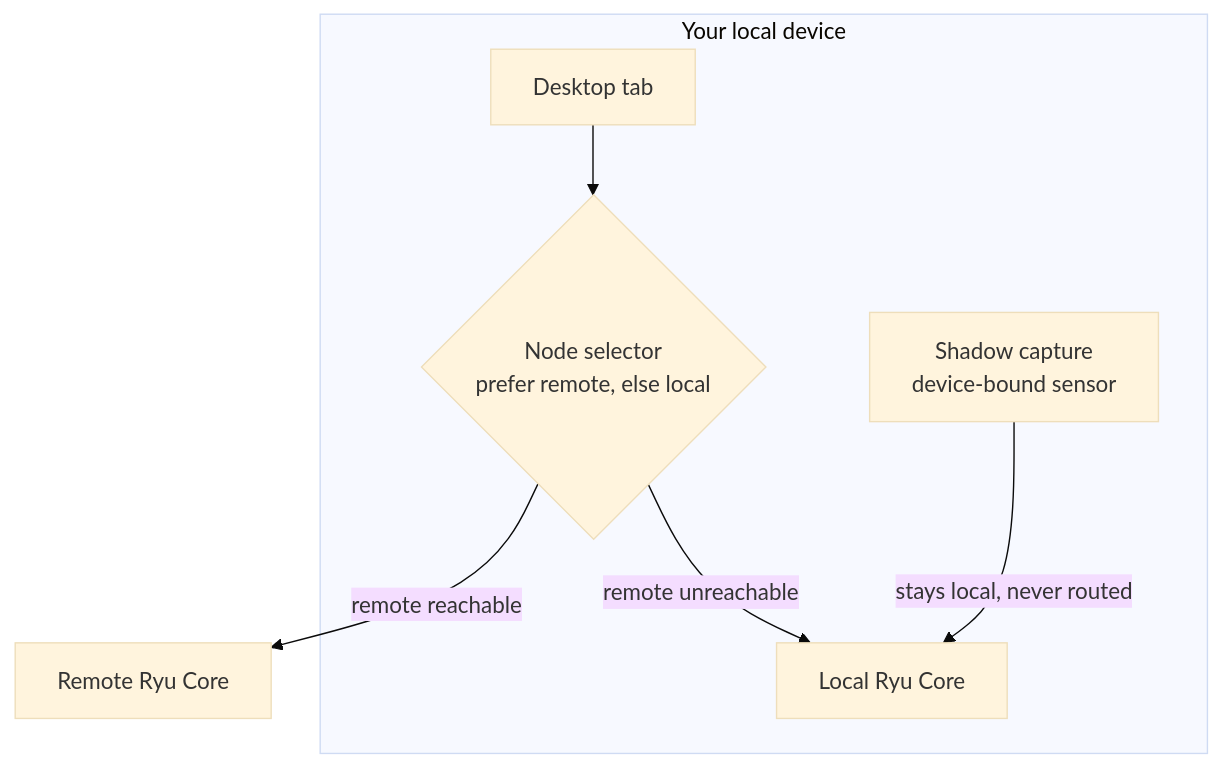
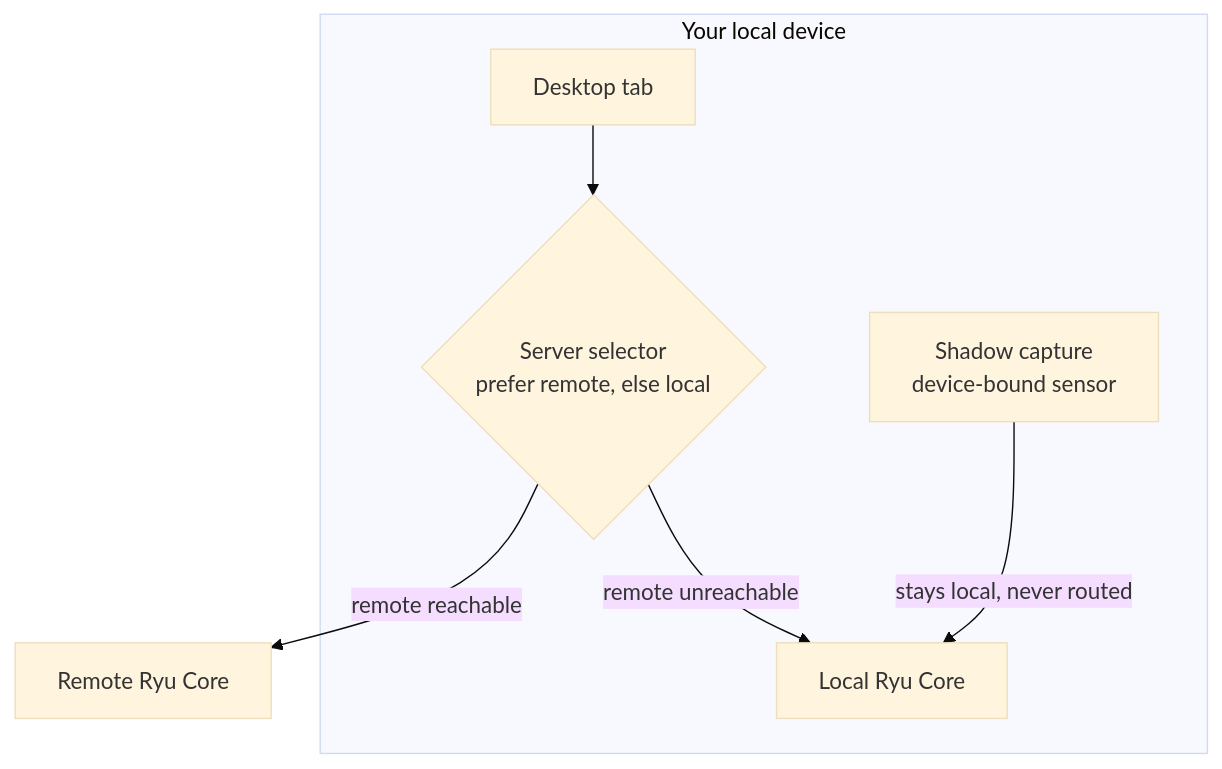
One commit to amajorai/ryu-docs changed the diagram in content/docs/learn/academy/cloud/multi-node.mdx. Above: the diagram before and after it, drawn with Mermaid (base theme). The commit also changed other lines of this file and 305 other files, not shown here.

````diff
--- a/content/docs/learn/academy/cloud/multi-node.mdx
+++ b/content/docs/learn/academy/cloud/multi-node.mdx
@@ -25,11 +25,11 @@
 ```mermaid
 flowchart TB
   subgraph Device [Your local device]
-    Tab[Desktop tab] --> Sel{Node selector<br/>prefer remote, else local}
+    Tab[Desktop tab] --> Sel{Server selector<br/>prefer remote, else local}
     Shadow[Shadow capture<br/>device-bound sensor]
     Local[Local Ryu Core]
   end
   Sel -->|remote reachable| Remote[Remote Ryu Core]
   Sel -->|remote unreachable| Local
   Shadow -- stays local, never routed --> Local
 ```
````
